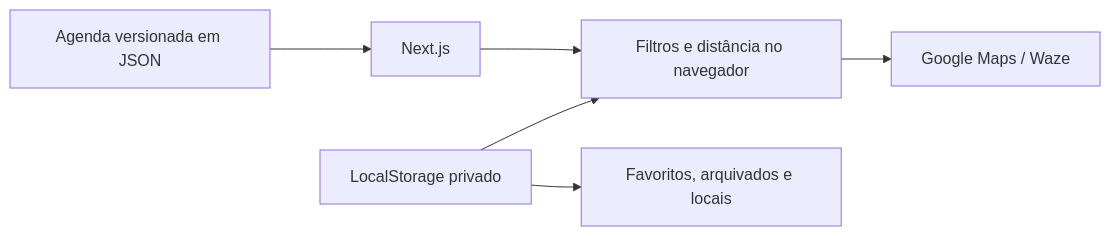
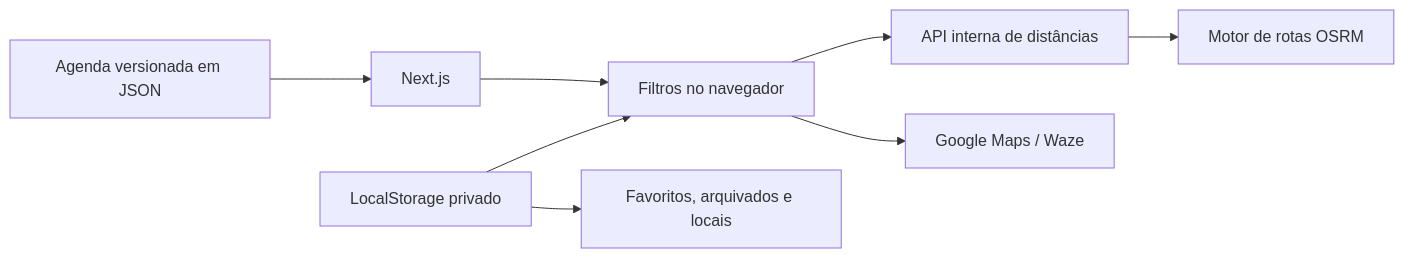
The diagram in README.md (RDEsley/Relatorio-CCB-Brasilia), drawn with Mermaid before and after one commit. The commit also changed other lines of this file and 2 other files, not shown here.

Commit message:
fix(location): calculate driving distances

````diff
--- a/README.md
+++ b/README.md
@@ -52,8 +52,10 @@
 ```mermaid
 flowchart LR
   A[Agenda versionada em JSON] --> B[Next.js]
-  B --> C[Filtros e distância no navegador]
-  C --> D[Google Maps / Waze]
-  E[LocalStorage privado] --> C
-  E --> F[Favoritos, arquivados e locais]
+  B --> C[Filtros no navegador]
+  C --> D[API interna de distâncias]
+  D --> E[Motor de rotas OSRM]
+  C --> F[Google Maps / Waze]
+  G[LocalStorage privado] --> C
+  G --> H[Favoritos, arquivados e locais]
 ```
````
